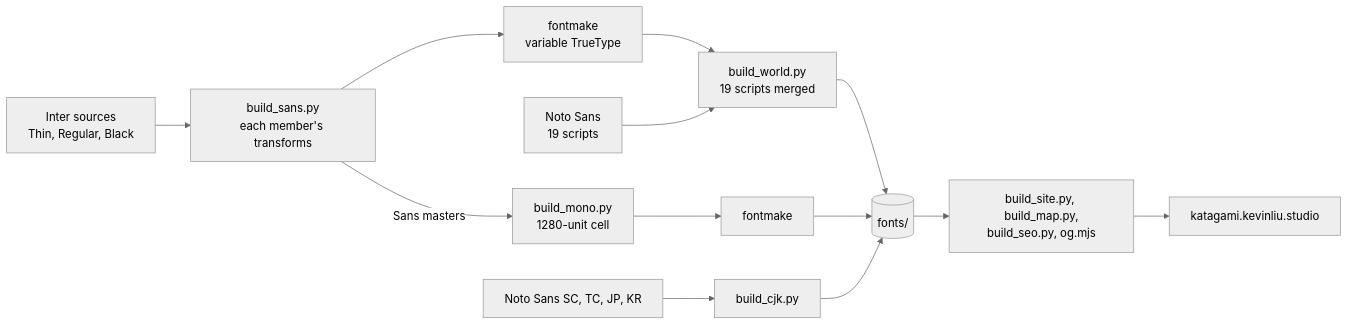
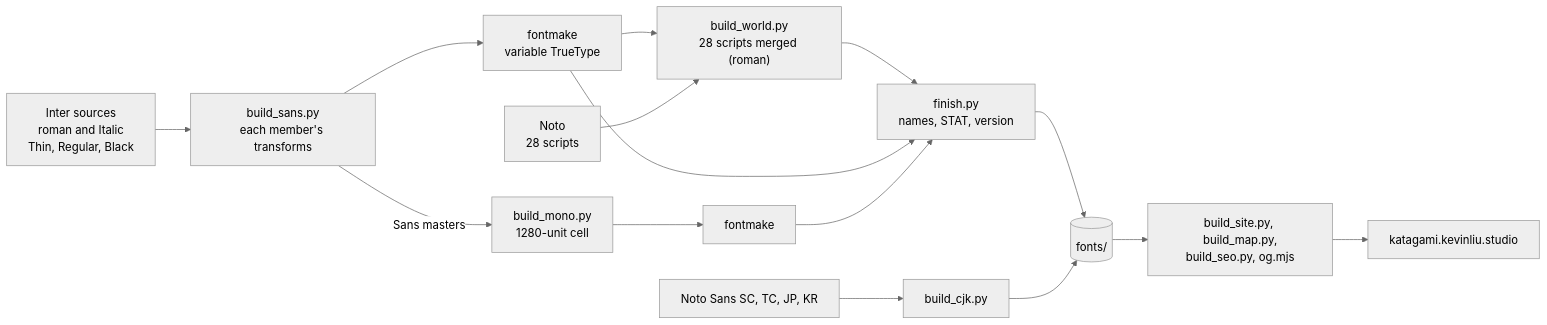
The diagram in README.md (Kevin-Liu-01/Katagami), drawn with Mermaid (neutral theme) before and after one commit. The commit also changed other lines of this file and 1 other file, not shown here.

First line of the commit message:
Docs for 0.2: italics, Serif, hand corrections, Mono Greek and Cyrillic, nine scripts, QA

````diff
--- a/README.md
+++ b/README.md
@@ -110,15 +113,17 @@
 ```mermaid
 flowchart LR
-  inter["Inter sources<br/>Thin, Regular, Black"] --> sans["build_sans.py<br/>each member's transforms"]
+  inter["Inter sources<br/>roman and Italic<br/>Thin, Regular, Black"] --> sans["build_sans.py<br/>each member's transforms"]
   sans --> fontmake["fontmake<br/>variable TrueType"]
-  fontmake --> world["build_world.py<br/>19 scripts merged"]
-  noto["Noto Sans<br/>19 scripts"] --> world
+  fontmake --> world["build_world.py<br/>28 scripts merged (roman)"]
+  noto["Noto<br/>28 scripts"] --> world
   sans -- "Sans masters" --> mono["build_mono.py<br/>1280-unit cell"]
   mono --> fontmake2["fontmake"]
   notocjk["Noto Sans SC, TC, JP, KR"] --> cjk["build_cjk.py"]
-  world --> fonts[("fonts/")]
-  fontmake2 --> fonts
+  world --> finish["finish.py<br/>names, STAT, version"]
+  fontmake --> finish
+  fontmake2 --> finish
+  finish --> fonts[("fonts/")]
   cjk --> fonts
   fonts --> site["build_site.py, build_map.py,<br/>build_seo.py, og.mjs"]
   site --> web["katagami.kevinliu.studio"]
 ```
````
